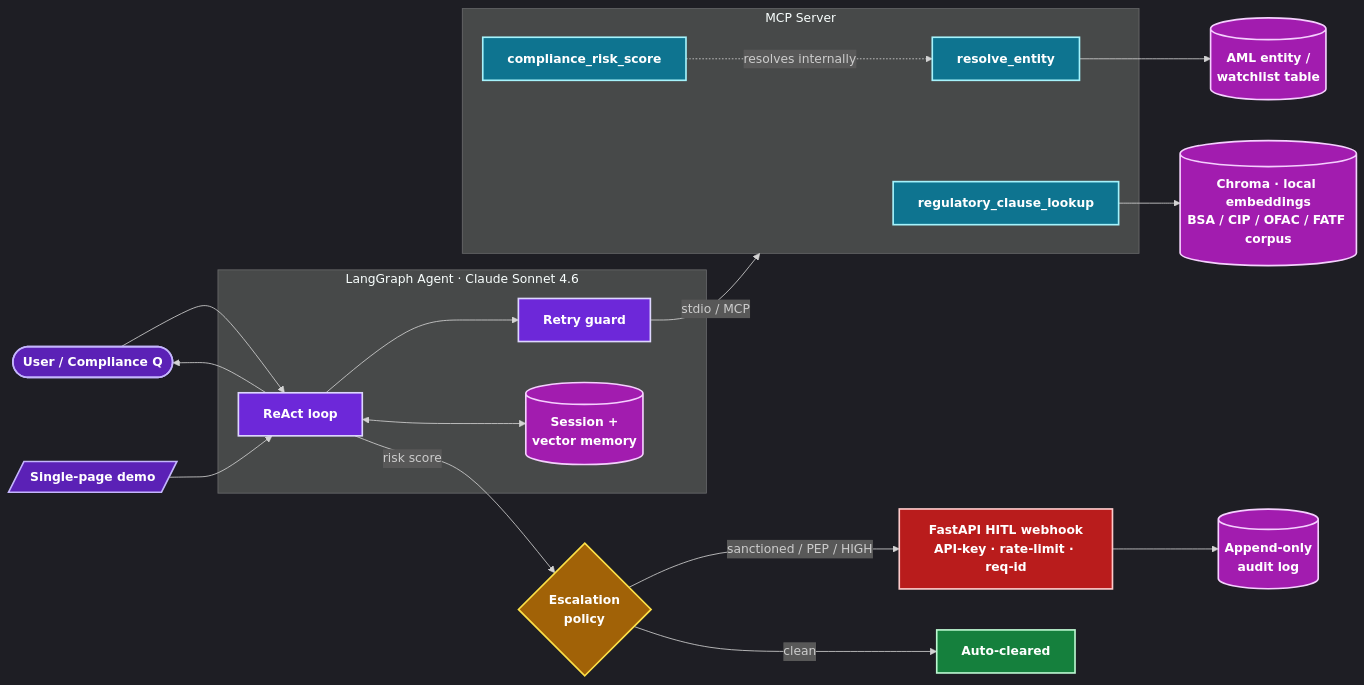
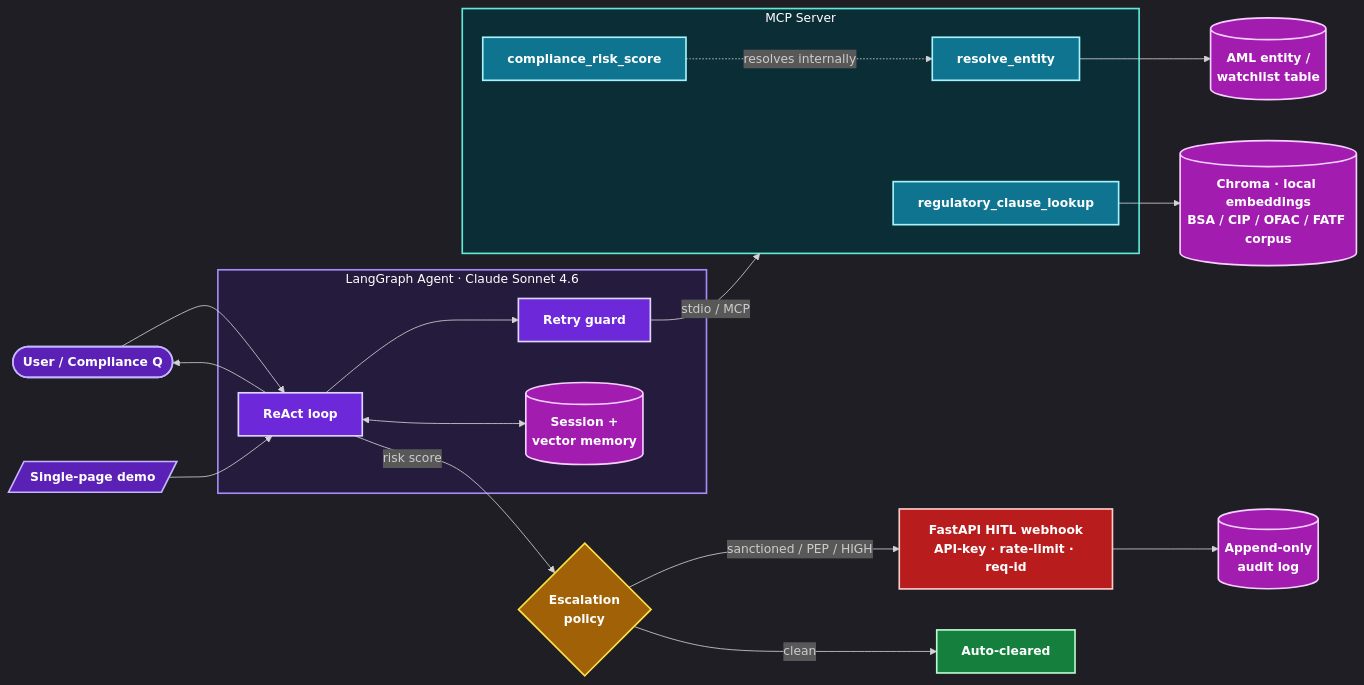
The diagram in README.md (nehashirodkar/mcp-compliance-assistant), drawn with Mermaid before and after one commit. The commit also changed other lines of this file, not shown here.

Commit message:
docs: clean results section, readable diagram, footer, demo port

````diff
--- a/README.md
+++ b/README.md
@@ -41,37 +41,40 @@
 ```mermaid
 %%{init: {'theme':'dark','themeVariables':{'fontSize':'15px'}}}%%
 flowchart LR
     U([User / Compliance Q]):::io --> A
     DEMO[/Single-page demo/]:::io --> A
 
     subgraph AGENT["LangGraph Agent · Claude Sonnet 4.6"]
         A[ReAct loop]:::agent --> R[Retry guard]:::agent
         A <--> M[(Session +<br/>vector memory)]:::store
     end
 
     R -- stdio / MCP --> S
 
     subgraph S["MCP Server"]
         T1[regulatory_clause_lookup]:::tool
         T2[compliance_risk_score]:::tool
         T3[resolve_entity]:::tool
     end
 
     T1 --> C[(Chroma · local embeddings<br/>BSA / CIP / OFAC / FATF corpus)]:::store
     T3 --> E[(AML entity /<br/>watchlist table)]:::store
     T2 -. resolves internally .-> T3
 
     A -- risk score --> P{Escalation<br/>policy}:::policy
     P -- sanctioned / PEP / HIGH --> H[FastAPI HITL webhook<br/>API-key · rate-limit · req-id]:::hitl
     P -- clean --> CLR[Auto-cleared]:::ok
     H --> AUD[(Append-only<br/>audit log)]:::store
     A --> U
 
     classDef io fill:#5b21b6,stroke:#c4b5fd,stroke-width:2px,color:#ffffff,font-weight:bold;
     classDef agent fill:#6d28d9,stroke:#ddd6fe,stroke-width:2px,color:#ffffff,font-weight:bold;
     classDef tool fill:#0e7490,stroke:#a5f3fc,stroke-width:2px,color:#ffffff,font-weight:bold;
     classDef store fill:#a21caf,stroke:#f5d0fe,stroke-width:2px,color:#ffffff,font-weight:bold;
     classDef policy fill:#a16207,stroke:#fde047,stroke-width:2px,color:#ffffff,font-weight:bold;
     classDef hitl fill:#b91c1c,stroke:#fecaca,stroke-width:2px,color:#ffffff,font-weight:bold;
     classDef ok fill:#15803d,stroke:#bbf7d0,stroke-width:2px,color:#ffffff,font-weight:bold;
+
+    style AGENT fill:#241b3d,stroke:#a78bfa,stroke-width:2px,color:#ffffff;
+    style S fill:#0b2e36,stroke:#5eead4,stroke-width:2px,color:#ffffff;
 ```
````
